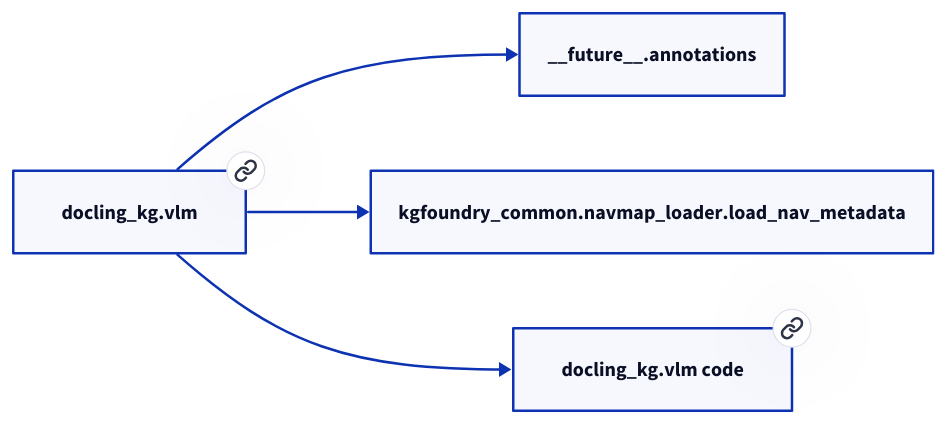
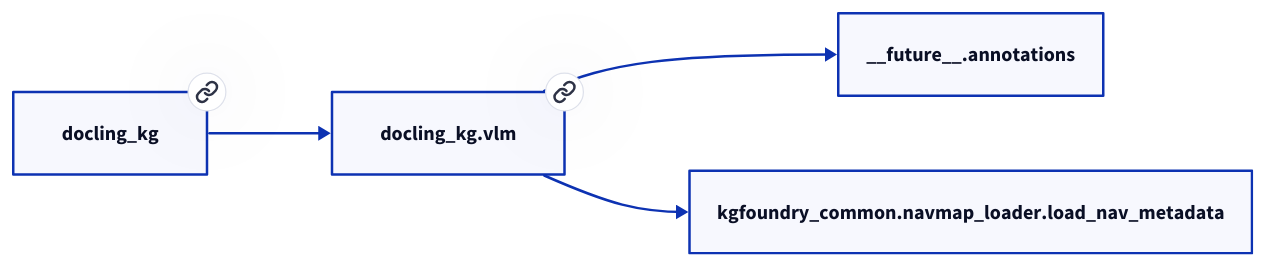
Before and after one commit to paul-heyse/kgforge: the second of 2 diagrams in docs/modules/docling_kg/vlm.md, drawn with D2. The commit also changed other lines of this file and 208 other files, not shown here.

````diff
--- a/docs/modules/docling_kg/vlm.md
+++ b/docs/modules/docling_kg/vlm.md
@@ -34,10 +38,10 @@
 ```d2
 direction: right
-"docling_kg.vlm": "docling_kg.vlm" { link: "./docling_kg/vlm.md" }
+"docling_kg.vlm": "docling_kg.vlm" { link: "https://github.com/paul-heyse/kgfoundry/blob/main/src/docling_kg/vlm.py" }
 "__future__.annotations": "__future__.annotations"
 "docling_kg.vlm" -> "__future__.annotations"
 "kgfoundry_common.navmap_loader.load_nav_metadata": "kgfoundry_common.navmap_loader.load_nav_metadata"
 "docling_kg.vlm" -> "kgfoundry_common.navmap_loader.load_nav_metadata"
-"docling_kg.vlm_code": "docling_kg.vlm code" { link: "https://github.com/kgfoundry/kgfoundry/blob/main/src/docling_kg/vlm.py" }
-"docling_kg.vlm" -> "docling_kg.vlm_code" { style: dashed }
+"docling_kg": "docling_kg" { link: "https://github.com/paul-heyse/kgfoundry/blob/main/src/docling_kg/__init__.py" }
+"docling_kg" -> "docling_kg.vlm" { style: dashed }
 ```
````
